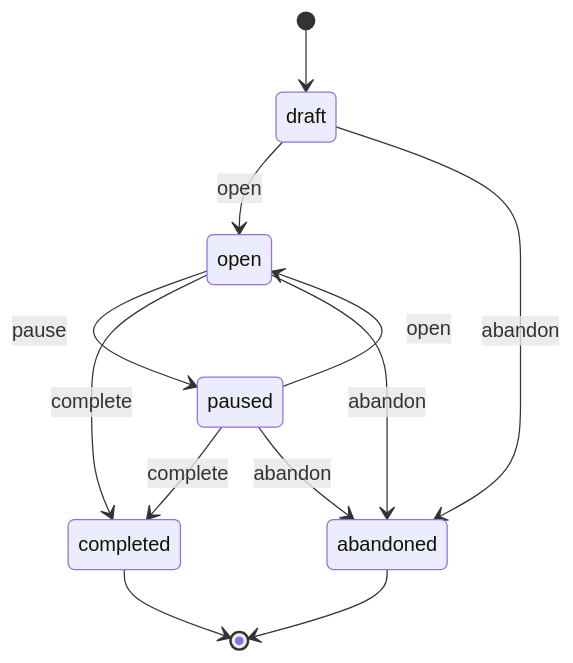
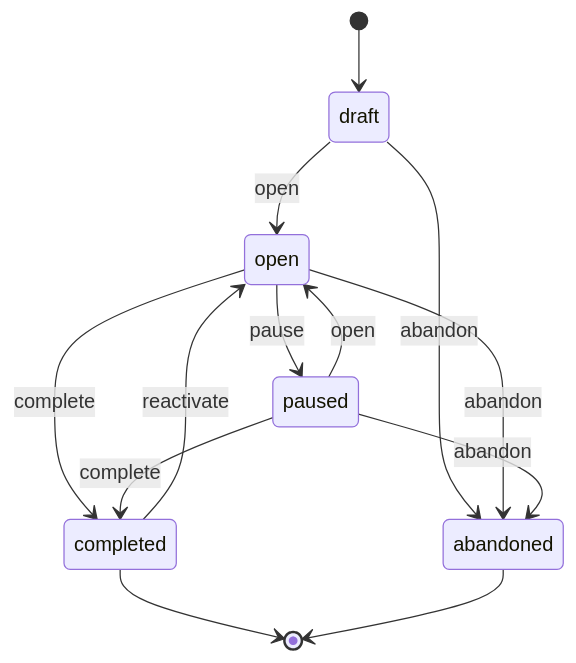
The first of 2 diagrams in packages/crypts-and-commits/src/cac/core/templates/docs/workflow.md (theBraindonor/crypts-and-commits), drawn with Mermaid before and after one commit. The commit also changed other lines of this file and 23 other files, not shown here.

````diff
--- a/packages/crypts-and-commits/src/cac/core/templates/docs/workflow.md
+++ b/packages/crypts-and-commits/src/cac/core/templates/docs/workflow.md
@@ -287,14 +287,15 @@
   ```mermaid
   stateDiagram-v2
       [*] --> draft
       draft --> open : open
       draft --> abandoned : abandon
       open --> paused : pause
       open --> completed : complete
       open --> abandoned : abandon
       paused --> open : open
       paused --> completed : complete
       paused --> abandoned : abandon
+      completed --> open : reactivate
       completed --> [*]
       abandoned --> [*]
   ```
````
